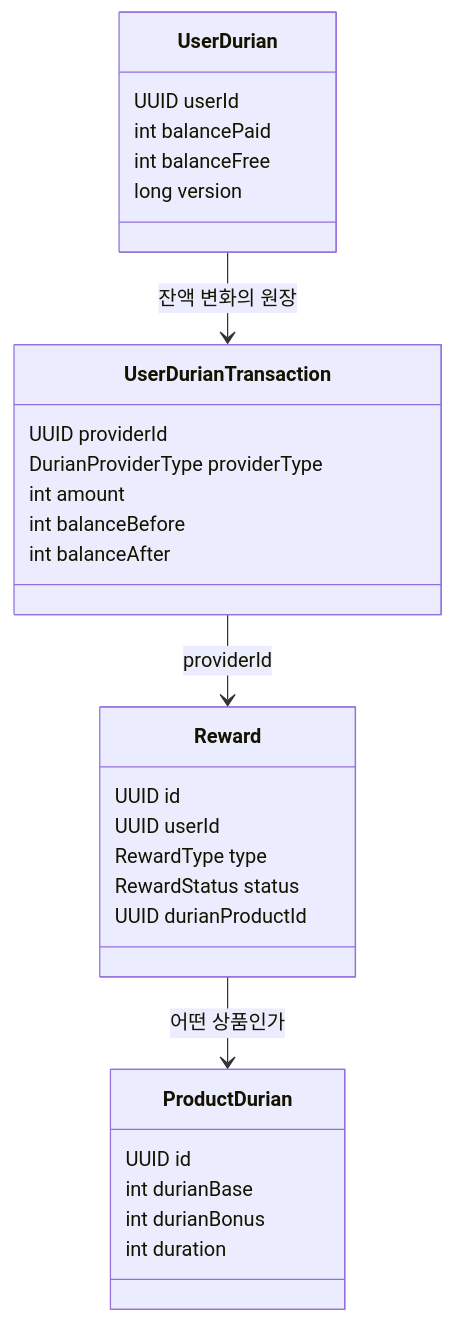
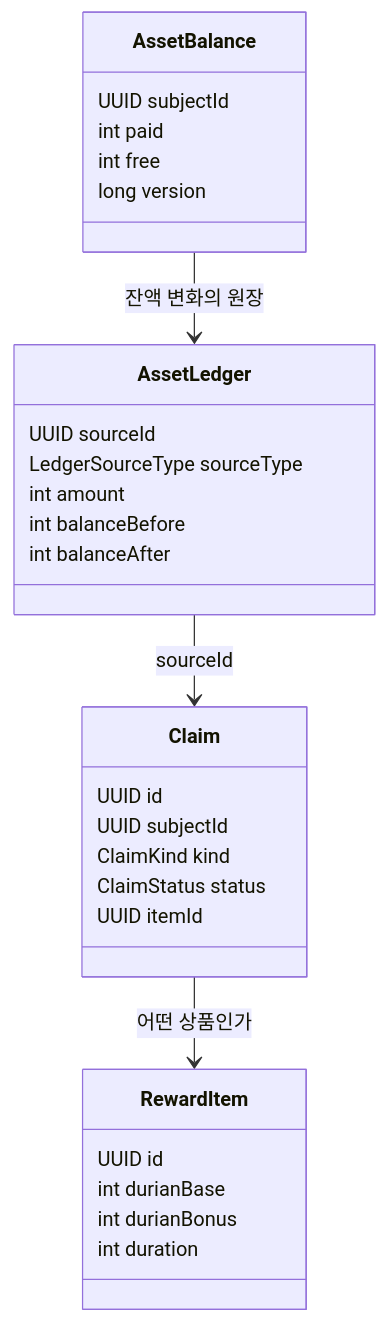
Before and after one commit to jiwon11/jiwon11.github.io: the third of 13 diagrams in _posts/2026-03-20-reward-creation-receipt-charge-responsibility.md, drawn with Mermaid. The commit also changed other lines of this file and 9 other files, not shown here.

```diff
--- a/_posts/2026-03-20-reward-creation-receipt-charge-responsibility.md
+++ b/_posts/2026-03-20-reward-creation-receipt-charge-responsibility.md
@@ -109,36 +112,36 @@
 ~~~mermaid
 classDiagram
-    class Reward {
+    class Claim {
         UUID id
-        UUID userId
-        RewardType type
-        RewardStatus status
-        UUID durianProductId
+        UUID subjectId
+        ClaimKind kind
+        ClaimStatus status
+        UUID itemId
     }
 
-    class ProductDurian {
+    class RewardItem {
         UUID id
         int durianBase
         int durianBonus
         int duration
     }
 
-    class UserDurian {
-        UUID userId
-        int balancePaid
-        int balanceFree
+    class AssetBalance {
+        UUID subjectId
+        int paid
+        int free
         long version
     }
 
-    class UserDurianTransaction {
-        UUID providerId
-        DurianProviderType providerType
+    class AssetLedger {
+        UUID sourceId
+        LedgerSourceType sourceType
         int amount
         int balanceBefore
         int balanceAfter
     }
 
-    Reward --> ProductDurian : 어떤 상품인가
-    UserDurianTransaction --> Reward : providerId
-    UserDurian --> UserDurianTransaction : 잔액 변화의 원장
+    Claim --> RewardItem : 어떤 상품인가
+    AssetLedger --> Claim : sourceId
+    AssetBalance --> AssetLedger : 잔액 변화의 원장
 ~~~
```
